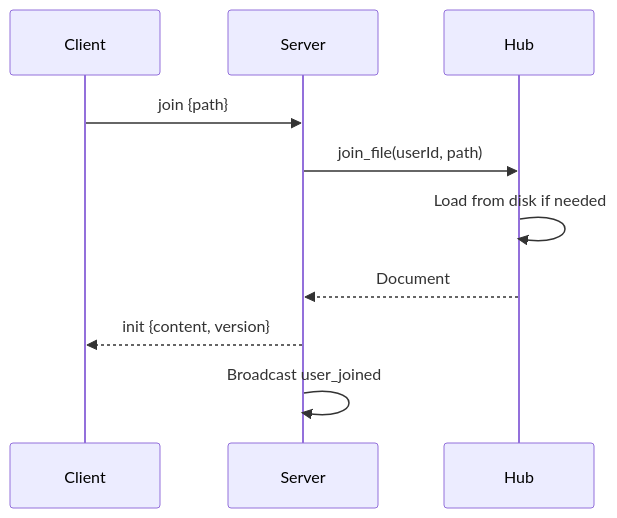
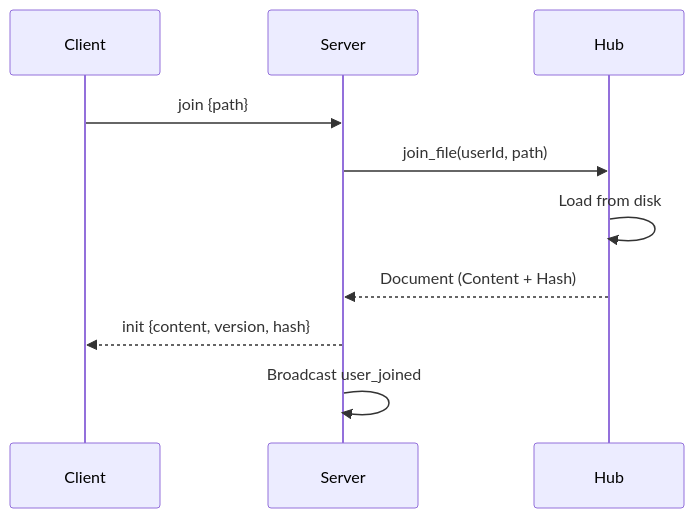
One commit to sihooleebd/noteworthy changed the third of 3 diagrams in docs/architecture/gui-stack.md. Above: the diagram before and after it, drawn with Mermaid. The commit also changed other lines of this file and 10 other files, not shown here.

````diff
--- a/docs/architecture/gui-stack.md
+++ b/docs/architecture/gui-stack.md
@@ -238,13 +236,13 @@
 ```mermaid
 sequenceDiagram
     participant Client
     participant Server
     participant Hub
 
     Client->>Server: join {path}
     Server->>Hub: join_file(userId, path)
-    Hub->>Hub: Load from disk if needed
-    Hub-->>Server: Document
-    Server-->>Client: init {content, version}
+    Hub->>Hub: Load from disk
+    Hub-->>Server: Document (Content + Hash)
+    Server-->>Client: init {content, version, hash}
     Server->>Server: Broadcast user_joined
 ```
````
